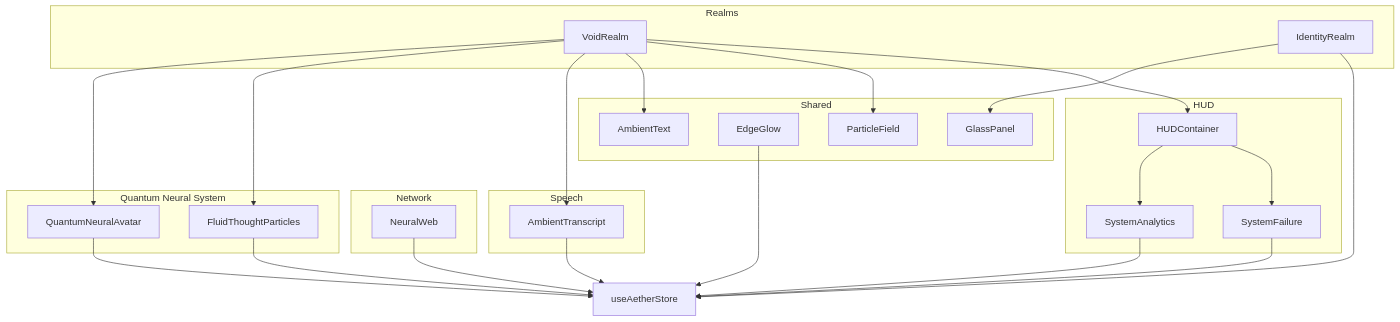
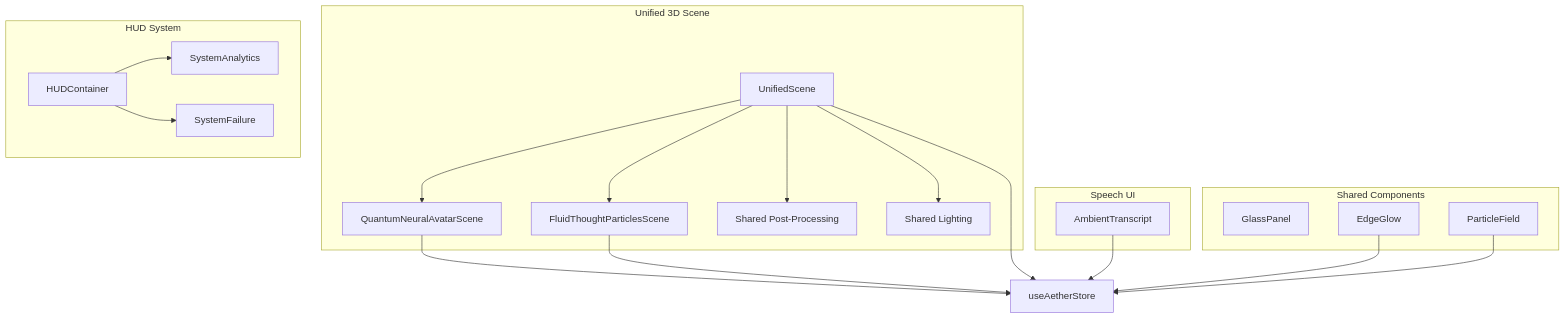
One commit to Moeabdelaziz007/Aether-Voice-OS changed the first of 9 diagrams in .qoder/repowiki/en/content/Frontend Application/Visual Interface Components/Visual Interface Components.md. Above: the diagram before and after it, drawn with Mermaid. The commit also changed other lines of this file and 29 other files, not shown here.

````diff
--- a/.qoder/repowiki/en/content/Frontend Application/Visual Interface Components/Visual Interface Components.md
+++ b/.qoder/repowiki/en/content/Frontend Application/Visual Interface Components/Visual Interface Components.md
@@ -68,46 +66,36 @@
 ```mermaid
 graph TB
-subgraph "Realms"
-VR["VoidRealm"]
-IR["IdentityRealm"]
+subgraph "Unified 3D Scene"
+US["UnifiedScene"]
+QNAS["QuantumNeuralAvatarScene"]
+FTPS["FluidThoughtParticlesScene"]
+PP["Shared Post-Processing"]
+SL["Shared Lighting"]
 end
-subgraph "Quantum Neural System"
-QNA["QuantumNeuralAvatar"]
-FTP["FluidThoughtParticles"]
-end
-subgraph "HUD"
+subgraph "HUD System"
 HU["HUDContainer"]
 SA["SystemAnalytics"]
 SF["SystemFailure"]
 end
-subgraph "Network"
-NW["NeuralWeb"]
-end
-subgraph "Speech"
+subgraph "Speech UI"
 AT["AmbientTranscript"]
 end
-subgraph "Shared"
+subgraph "Shared Components"
 GP["GlassPanel"]
 EG["EdgeGlow"]
 PF["ParticleField"]
-AMB["AmbientText"]
 end
 ST["useAetherStore"]
-VR --> QNA
-VR --> FTP
-VR --> AT
-VR --> AMB
-VR --> PF
-VR --> HU
+US --> QNAS
+US --> FTPS
+US --> PP
+US --> SL
+QNAS --> ST
+FTPS --> ST
+US --> ST
 HU --> SA
 HU --> SF
-NW --> ST
-QNA --> ST
-FTP --> ST
 AT --> ST
-SA --> ST
-SF --> ST
-IR --> GP
-IR --> ST
 EG --> ST
+PF --> ST
 ```
````
